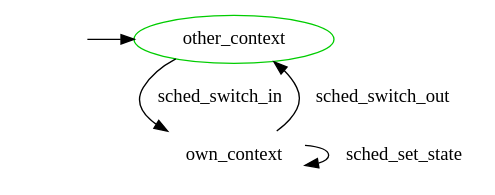
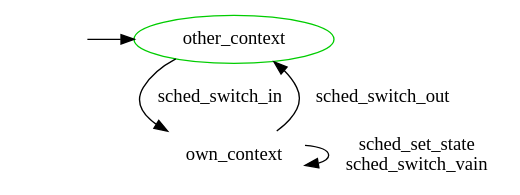
One commit to intel-lab-lkp/linux changed the diagram in tools/verification/models/sched/snroc.dot. Above: the diagram before and after it, drawn with Graphviz. The commit also changed 3 other files, not shown here.

```diff
--- a/tools/verification/models/sched/snroc.dot
+++ b/tools/verification/models/sched/snroc.dot
@@ -1,18 +1,18 @@
 digraph state_automaton {
 	center = true;
 	size = "7,11";
 	{node [shape = plaintext, style=invis, label=""] "__init_other_context"};
 	{node [shape = ellipse] "other_context"};
 	{node [shape = plaintext] "other_context"};
 	{node [shape = plaintext] "own_context"};
 	"__init_other_context" -> "other_context";
 	"other_context" [label = "other_context", color = green3];
 	"other_context" -> "own_context" [ label = "sched_switch_in" ];
 	"own_context" [label = "own_context"];
 	"own_context" -> "other_context" [ label = "sched_switch_out" ];
-	"own_context" -> "own_context" [ label = "sched_set_state" ];
+	"own_context" -> "own_context" [ label = "sched_set_state\nsched_switch_vain" ];
 	{ rank = min ;
 		"__init_other_context";
 		"other_context";
 	}
 }
```
